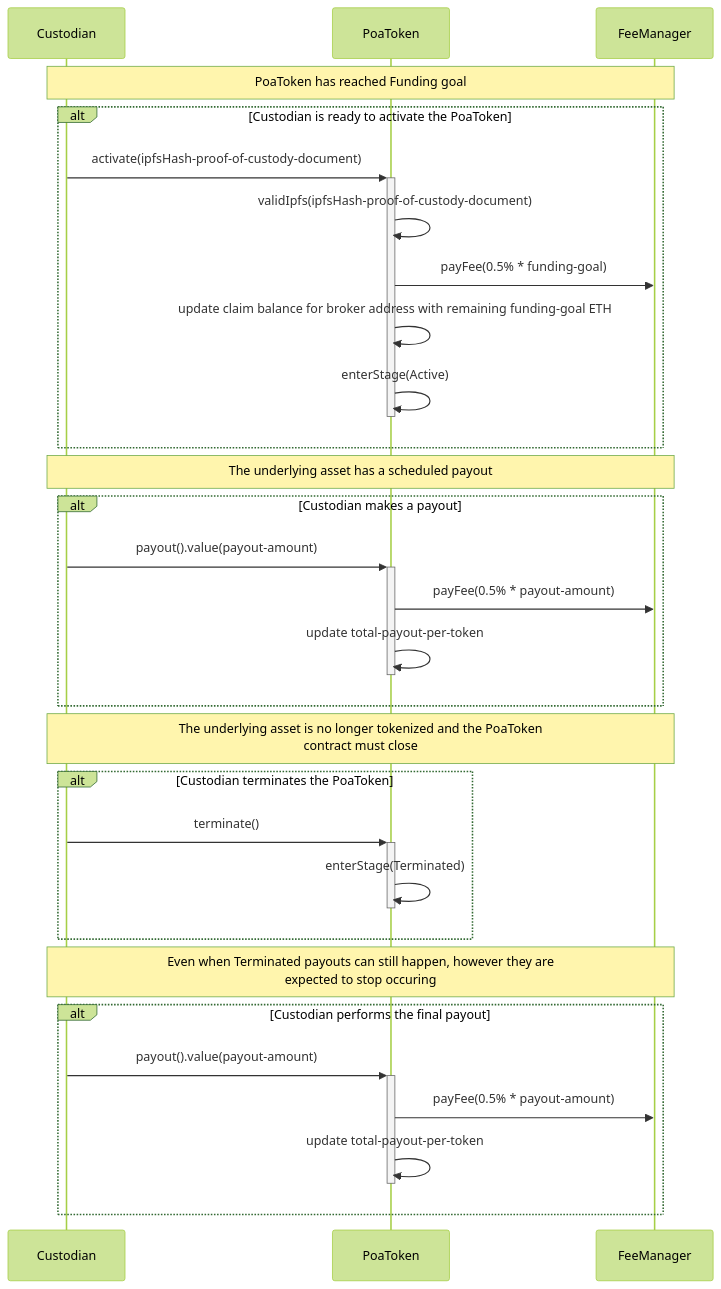
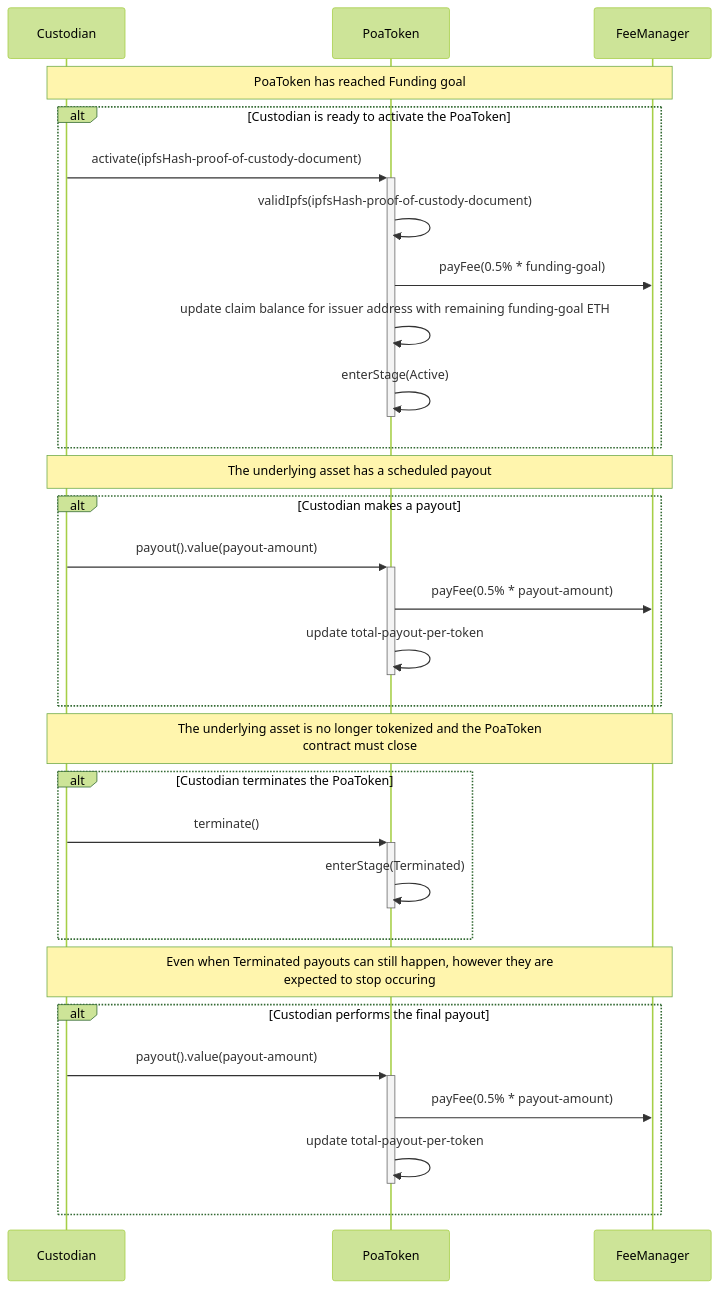
The diagram in docs/sequence-diagrams/POA-Custodian-interaction.mmd (brickblock-io/smart-contracts), drawn with Mermaid (forest theme) before and after one commit. The commit also changed 44 other files, not shown here.

First line of the commit message:
chore: Globally renamed broker to issuer

```diff
--- a/docs/sequence-diagrams/POA-Custodian-interaction.mmd
+++ b/docs/sequence-diagrams/POA-Custodian-interaction.mmd
@@ -1,37 +1,37 @@
 sequenceDiagram
   participant Custodian
   participant POA as PoaToken
   participant FMR as FeeManager
 
   Note over Custodian,FMR: PoaToken has reached Funding goal
 
   alt Custodian is ready to activate the PoaToken
     Custodian->>+POA: activate(ipfsHash-proof-of-custody-document)
     POA->>POA: validIpfs(ipfsHash-proof-of-custody-document)
     POA->>FMR: payFee(0.5% * funding-goal)
-    POA->>POA: update claim balance for broker address with remaining funding-goal ETH
+    POA->>POA: update claim balance for issuer address with remaining funding-goal ETH
     POA->>-POA: enterStage(Active)
   end
 
   Note over Custodian,FMR: The underlying asset has a scheduled payout
 
   alt Custodian makes a payout
     Custodian->>+POA: payout().value(payout-amount)
     POA->>FMR: payFee(0.5% * payout-amount)
     POA->>-POA: update total-payout-per-token
   end
 
   Note over Custodian,FMR: The underlying asset is no longer tokenized and the PoaToken<br/>contract must close
 
   alt Custodian terminates the PoaToken
     Custodian->>+POA: terminate()
     POA->>-POA: enterStage(Terminated)
   end
 
   Note over Custodian,FMR: Even when Terminated payouts can still happen, however they are<br/>expected to stop occuring
 
   alt Custodian performs the final payout
     Custodian->>+POA: payout().value(payout-amount)
     POA->>FMR: payFee(0.5% * payout-amount)
     POA->>-POA: update total-payout-per-token
   end
```
